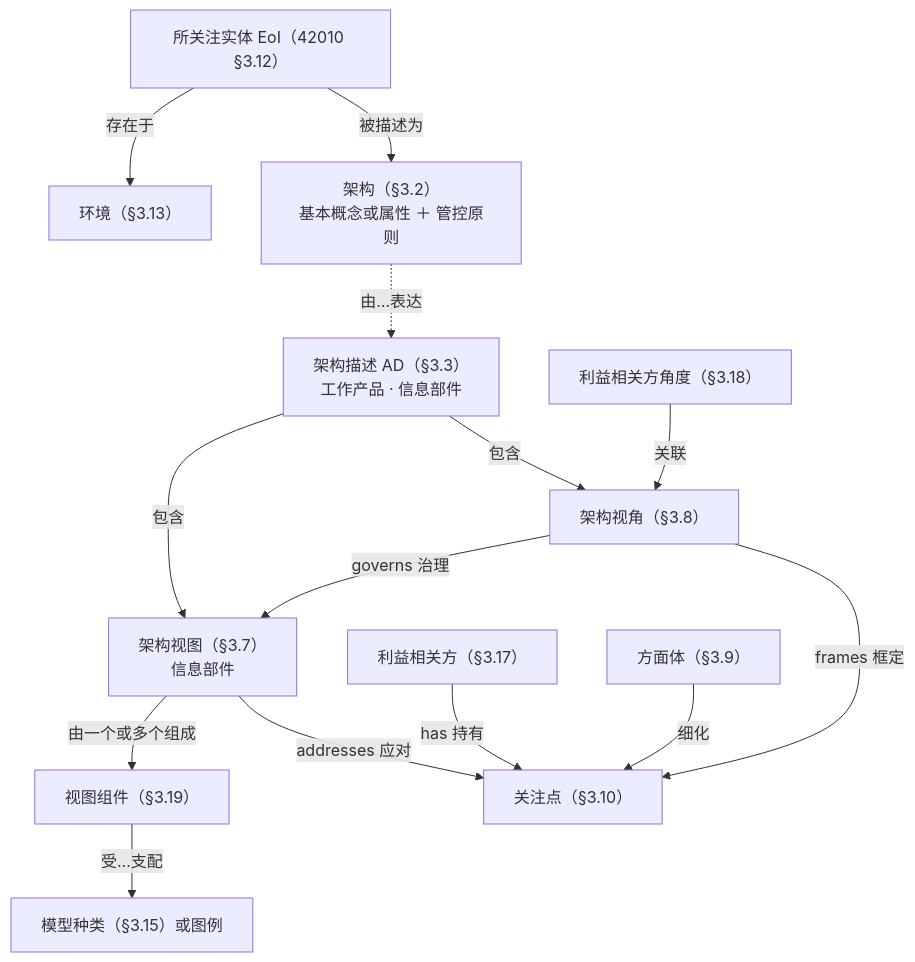
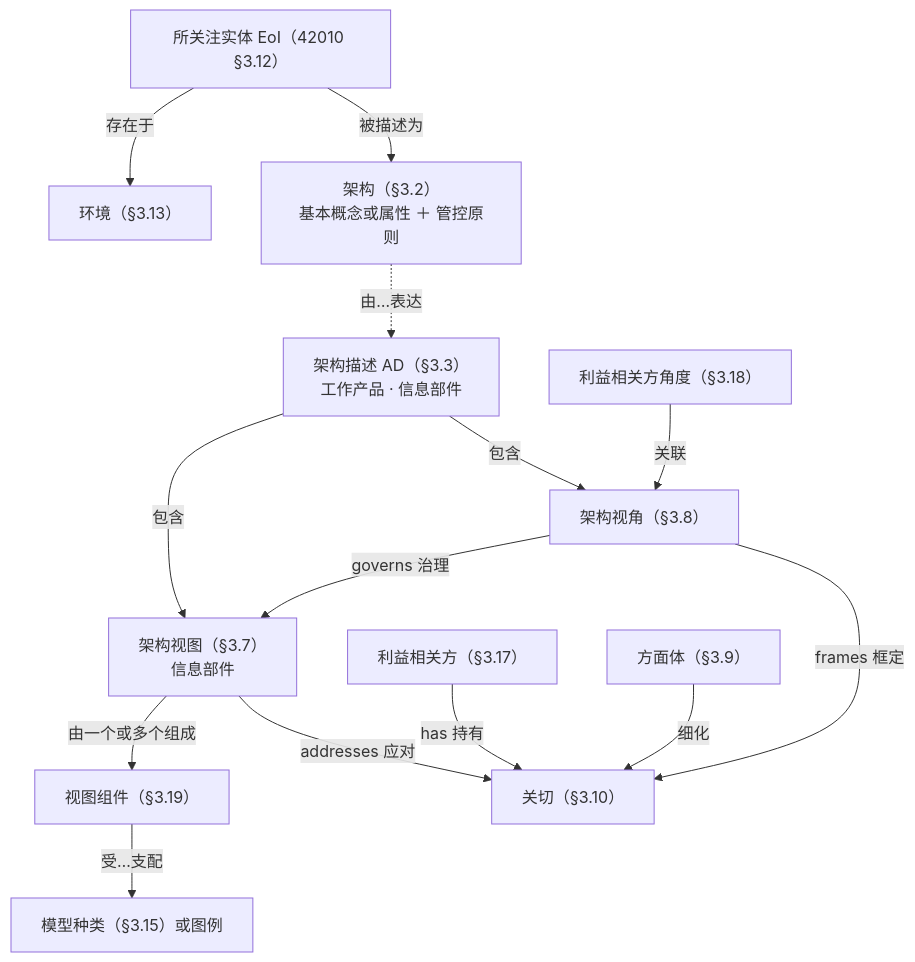
One commit to Yongjunzhou/business-Engineering changed the first of 10 diagrams in 10-系统工程研究/00-系统工程相关研究报告/37-架构视图口径研究报告-从三词定位到七类视图与三张清单并附HUD·EOS·冷链·合同审批四套示例.md. Above: the diagram before and after it, drawn with Mermaid. The commit also changed other lines of this file and 33 other files, not shown here.

````diff
--- a/10-系统工程研究/00-系统工程相关研究报告/37-架构视图口径研究报告-从三词定位到七类视图与三张清单并附HUD·EOS·冷链·合同审批四套示例.md
+++ b/10-系统工程研究/00-系统工程相关研究报告/37-架构视图口径研究报告-从三词定位到七类视图与三张清单并附HUD·EOS·冷链·合同审批四套示例.md
@@ -108,16 +108,16 @@
 ```mermaid
 flowchart TD
   EOI["所关注实体 EoI（42010 §3.12）"] -->|被描述为| ARCH["架构（§3.2）<br/>基本概念或属性 ＋ 管控原则"]
   EOI -->|存在于| ENV["环境（§3.13）"]
   ARCH -.->|由…表达| AD["架构描述 AD（§3.3）<br/>工作产品 · 信息部件"]
   AD -->|包含| VP["架构视角（§3.8）"]
   AD -->|包含| VW["架构视图（§3.7）<br/>信息部件"]
-  VP -->|frames 框定| CON["关注点（§3.10）"]
+  VP -->|frames 框定| CON["关切（§3.10）"]
   STK["利益相关方（§3.17）"] -->|has 持有| CON
   VP -->|governs 治理| VW
   VW -->|addresses 应对| CON
   VW -->|由一个或多个组成| VC["视图组件（§3.19）"]
   VC -->|受…支配| MK["模型种类（§3.15）或图例"]
   ASP["方面体（§3.9）"] -->|细化| CON
   SP["利益相关方角度（§3.18）"] -->|关联| VP
 ```
````
